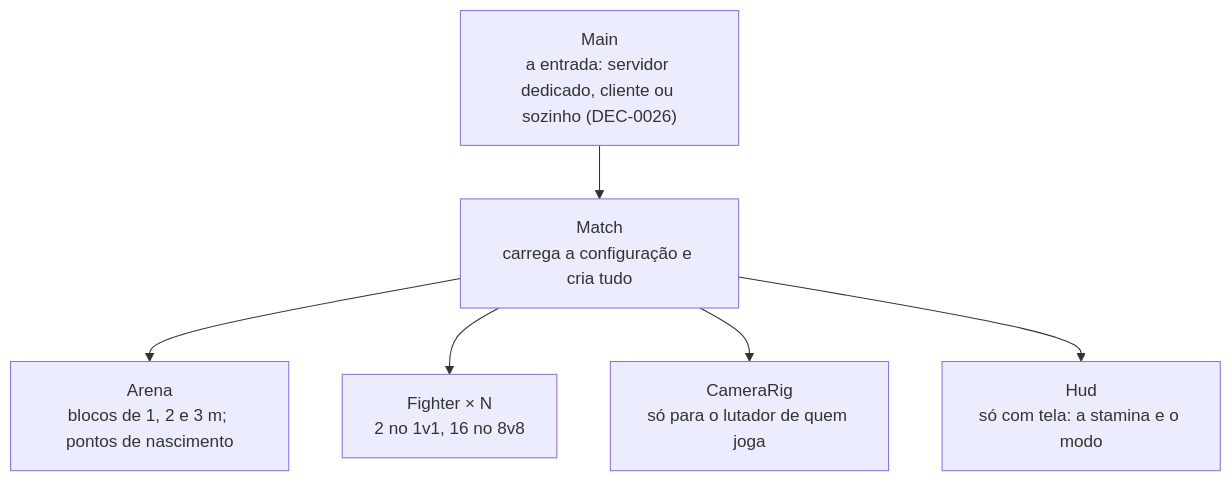
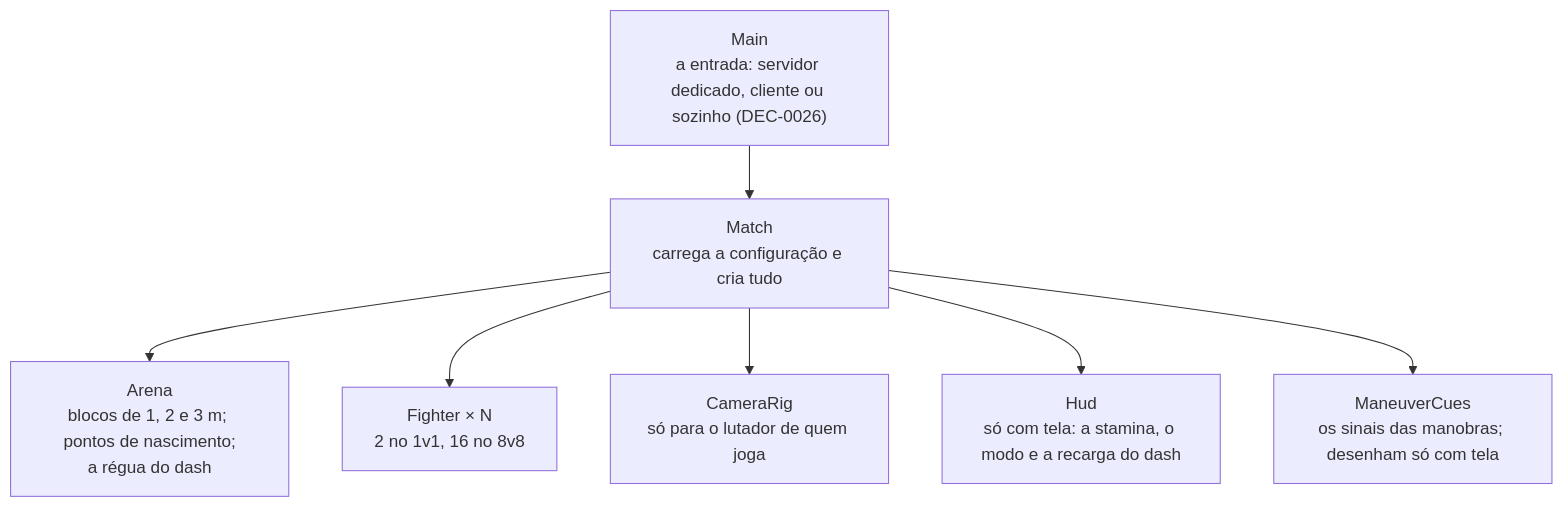
The fifth of 5 diagrams in docs/arquitetura/visao-geral.md (Kibryant/jogo-acrobatico), drawn with Mermaid before and after one commit. The commit also changed other lines of this file and 31 other files, not shown here.

First line of the commit message:
TASK-10.4 rodada B: o snap do dash, os sinais, a SyncTest, o arco e a régua

````diff
--- a/docs/arquitetura/visao-geral.md
+++ b/docs/arquitetura/visao-geral.md
@@ -174,8 +180,9 @@
 ```mermaid
 flowchart TB
   main["Main<br/>a entrada: servidor dedicado, cliente ou sozinho (DEC-0026)"] --> match["Match<br/>carrega a configuração e cria tudo"]
-  match --> arena["Arena<br/>blocos de 1, 2 e 3 m; pontos de nascimento"]
+  match --> arena["Arena<br/>blocos de 1, 2 e 3 m; pontos de nascimento;<br/>a régua do dash"]
   match --> fighters["Fighter × N<br/>2 no 1v1, 16 no 8v8"]
   match --> cam["CameraRig<br/>só para o lutador de quem joga"]
-  match --> hud["Hud<br/>só com tela: a stamina e o modo"]
+  match --> hud["Hud<br/>só com tela: a stamina, o modo e a recarga do dash"]
+  match --> cues["ManeuverCues<br/>os sinais das manobras; desenham só com tela"]
 ```
````
